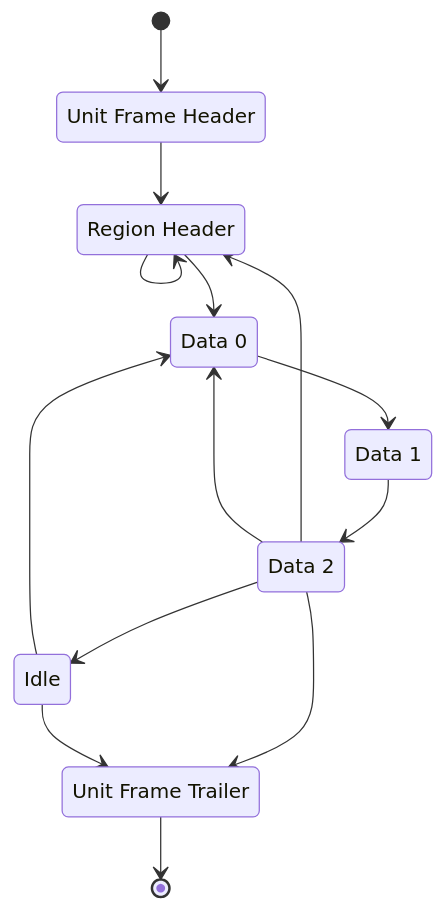
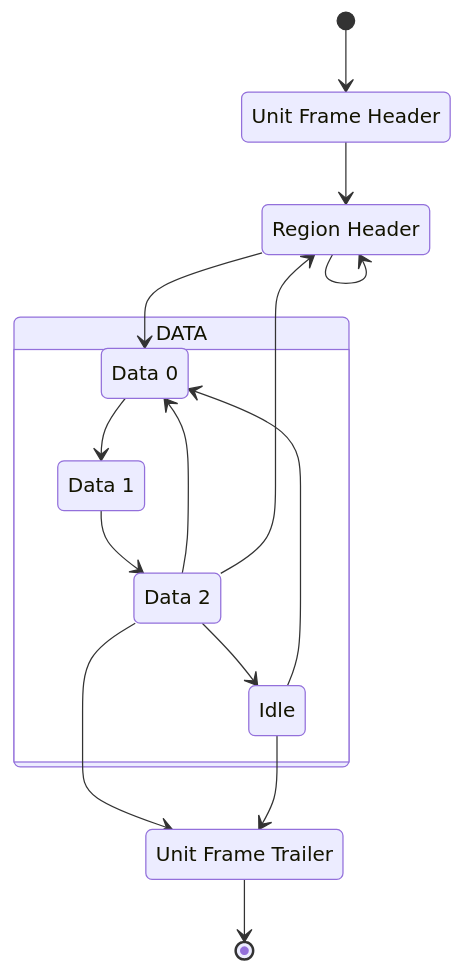
One commit to CramBL/moss_decoder changed the diagram in README.md. Above: the diagram before and after it, drawn with Mermaid.

Commit message:
add data substate

````diff
--- a/README.md
+++ b/README.md
@@ -47,31 +47,36 @@
 ```mermaid
-stateDiagram
+stateDiagram-v2
   frame_header : Unit Frame Header
   frame_trailer : Unit Frame Trailer
   region_header : Region Header
   data_0 : Data 0
   data_1 : Data 1
   data_2 : Data 2
   idle : Idle
 
     [*] --> frame_header
     
     frame_header --> region_header
 
     region_header --> region_header
     region_header --> data_0
 
-    data_0 --> data_1
-    data_1 --> data_2
+    state DATA {
+      
+      data_0 --> data_1
+      data_1 --> data_2
 
+      data_2 --> data_0
+      data_2 --> idle
+    }
+    
     data_2 --> region_header
-    data_2 --> data_0
     data_2 --> frame_trailer
-    data_2 --> idle
+
 
     idle --> data_0
     idle --> frame_trailer
 
     frame_trailer --> [*]
 
 ```
````
